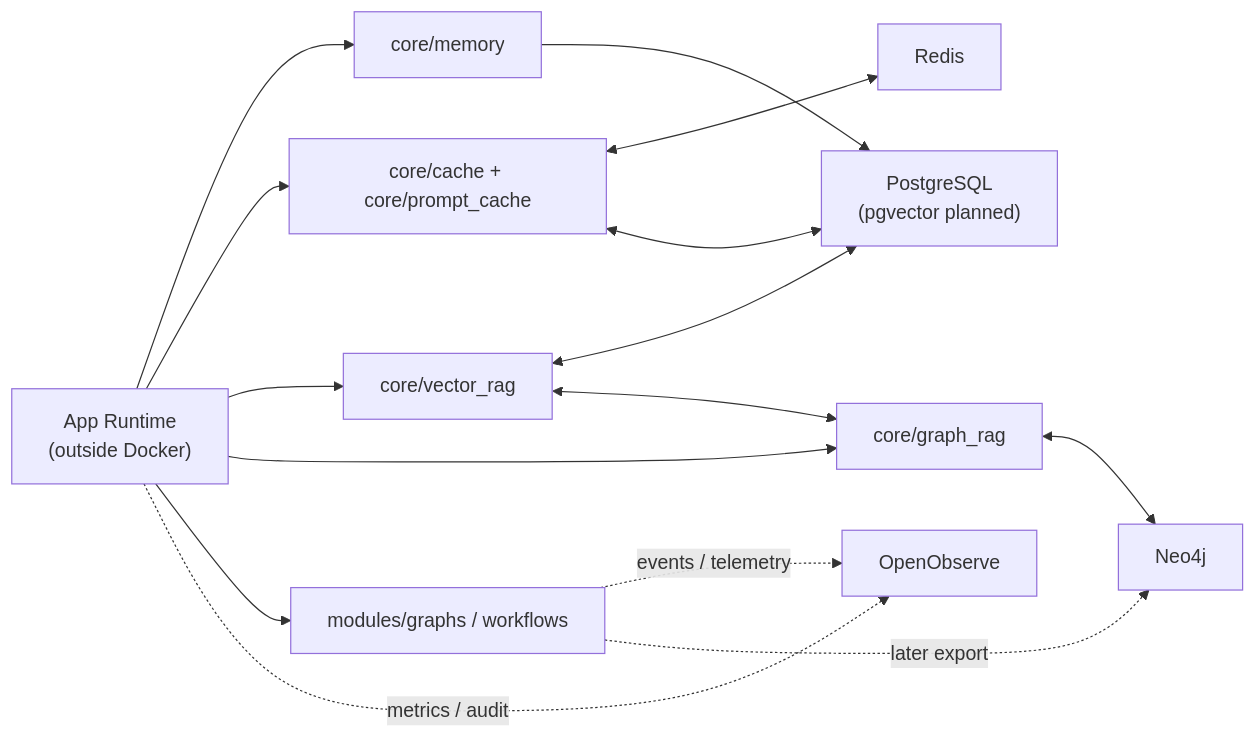
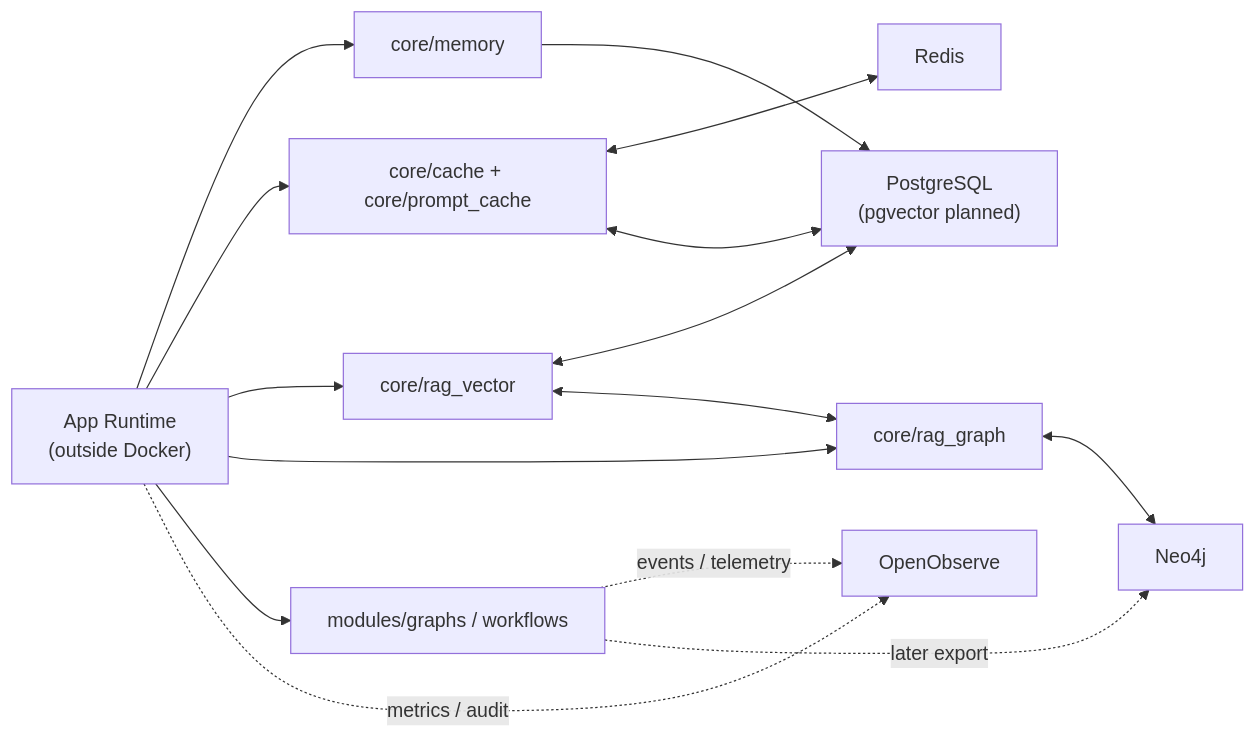
The diagram in .plan/architecture/database-architecture.md (DCx7C5/cybersecsuite), drawn with Mermaid before and after one commit. The commit also changed other lines of this file and 58 other files, not shown here.

````diff
--- a/.plan/architecture/database-architecture.md
+++ b/.plan/architecture/database-architecture.md
@@ -18,30 +18,30 @@
 ```mermaid
 flowchart LR
     App["App Runtime\n(outside Docker)"]
     Memory["core/memory"]
     Cache["core/cache + core/prompt_cache"]
-    RAG["core/vector_rag"]
-    GraphRag["core/graph_rag"]
+    RAG["core/rag_vector"]
+    GraphRag["core/rag_graph"]
     Graphs["modules/graphs / workflows"]
 
     PG["PostgreSQL\n(pgvector planned)"]
     Redis["Redis"]
     Neo["Neo4j"]
     OO["OpenObserve"]
 
     App --> Memory
     App --> Cache
     App --> RAG
     App --> GraphRag
     App --> Graphs
 
     Memory --> PG
     Cache <--> Redis
     Cache <--> PG
     RAG <--> PG
     RAG <--> GraphRag
     GraphRag <--> Neo
     Graphs -.events / telemetry.-> OO
     Graphs -.later export.-> Neo
     App -.metrics / audit.-> OO
 ```
````
